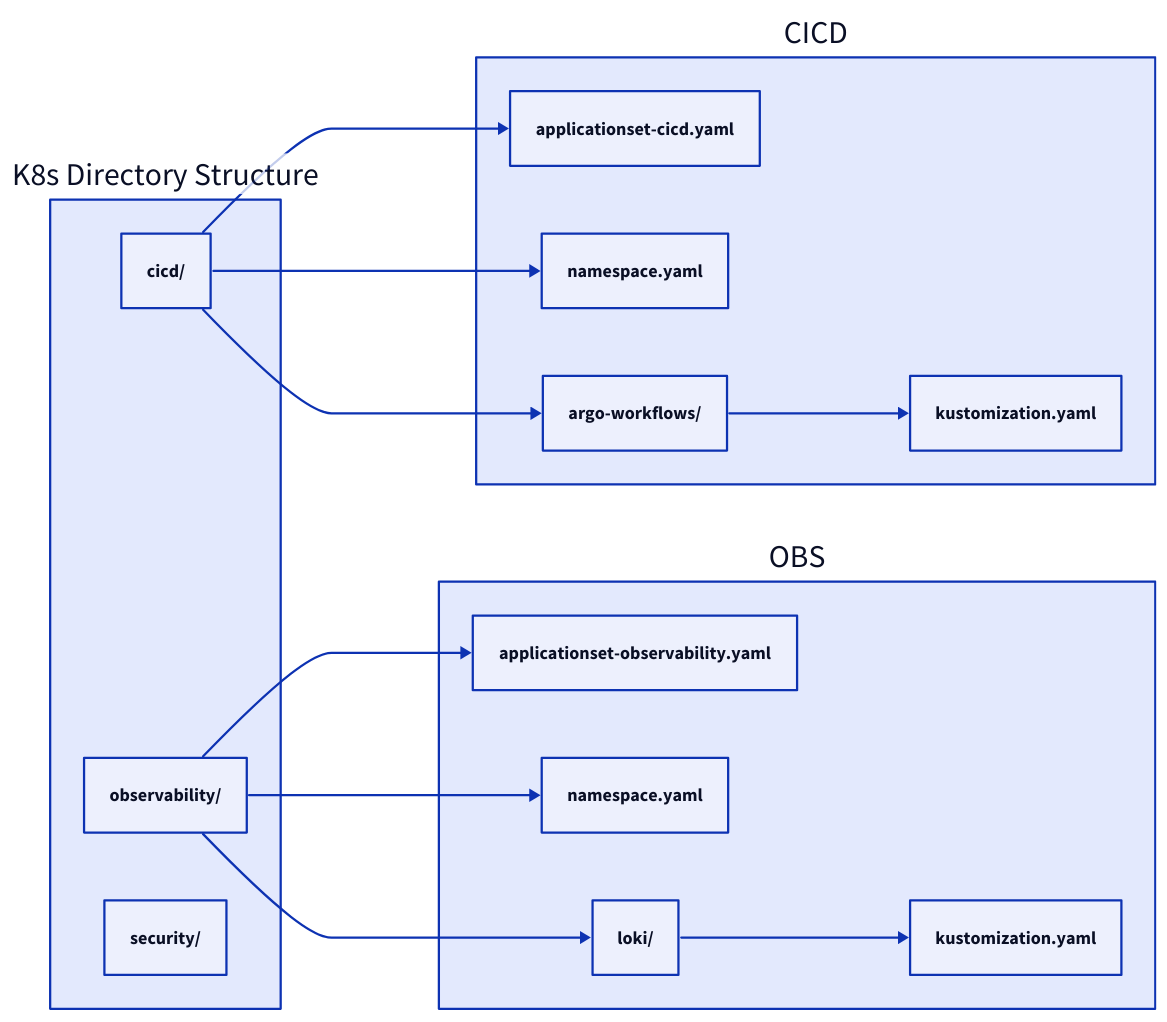
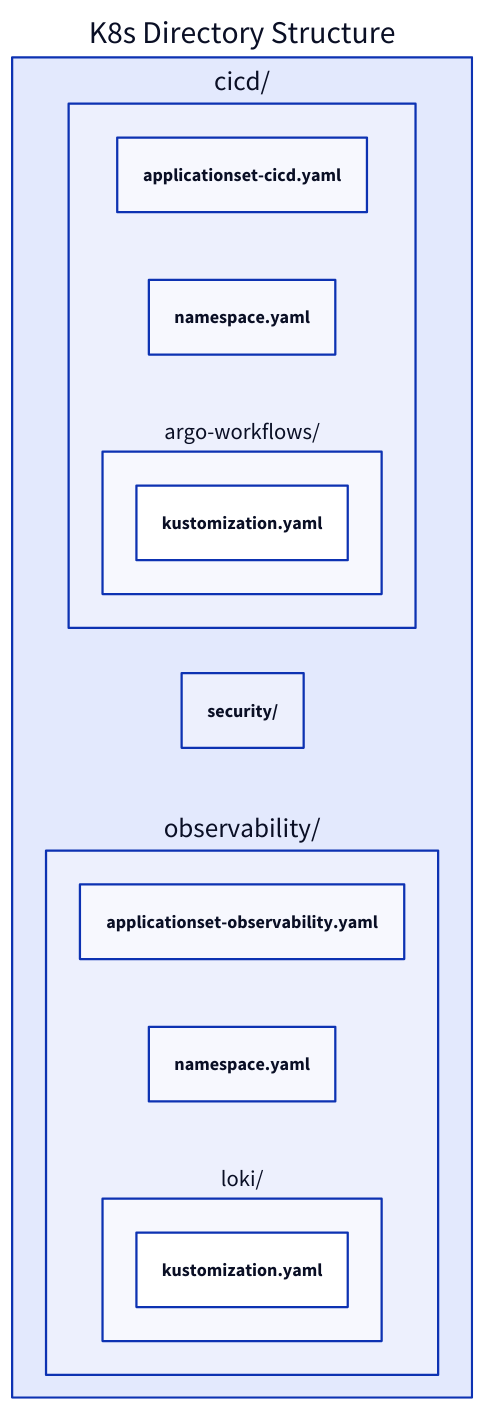
One commit to rou-cru/idp-blueprint changed the second of 3 diagrams in Docs/architecture/applications.md. Above: the diagram before and after it, drawn with D2. The commit also changed 36 other files, not shown here.

````diff
--- a/Docs/architecture/applications.md
+++ b/Docs/architecture/applications.md
@@ -81,33 +81,28 @@
 ```d2
 direction: right
 
 K8s: {
   label: "K8s Directory Structure"
-  CICD: "cicd/"
-  OBS: "observability/"
-  SEC: "security/"
+  CICD: {
+    label: "cicd/"
+    AppSet: "applicationset-cicd.yaml"
+    NS: "namespace.yaml"
+    WF: {
+      label: "argo-workflows/"
+      WFK: "kustomization.yaml"
+    }
+  }
+  OBS: {
+    label: "observability/"
+    AppSet: "applicationset-observability.yaml"
+    NS: "namespace.yaml"
+    Loki: {
+      label: "loki/"
+      LokiK: "kustomization.yaml"
+    }
+  }
+  SEC: {
+    label: "security/"
+  }
 }
-
-CICD: {
-  AppSet: "applicationset-cicd.yaml"
-  NS: "namespace.yaml"
-  WF: "argo-workflows/"
-  WFK: "kustomization.yaml"
-}
-
-OBS: {
-  AppSet: "applicationset-observability.yaml"
-  NS: "namespace.yaml"
-  Loki: "loki/"
-  LokiK: "kustomization.yaml"
-}
-
-K8s.CICD -> CICD.AppSet
-K8s.CICD -> CICD.NS
-K8s.CICD -> CICD.WF
-CICD.WF -> CICD.WFK
-K8s.OBS -> OBS.AppSet
-K8s.OBS -> OBS.NS
-K8s.OBS -> OBS.Loki
-OBS.Loki -> OBS.LokiK
 ```
````
